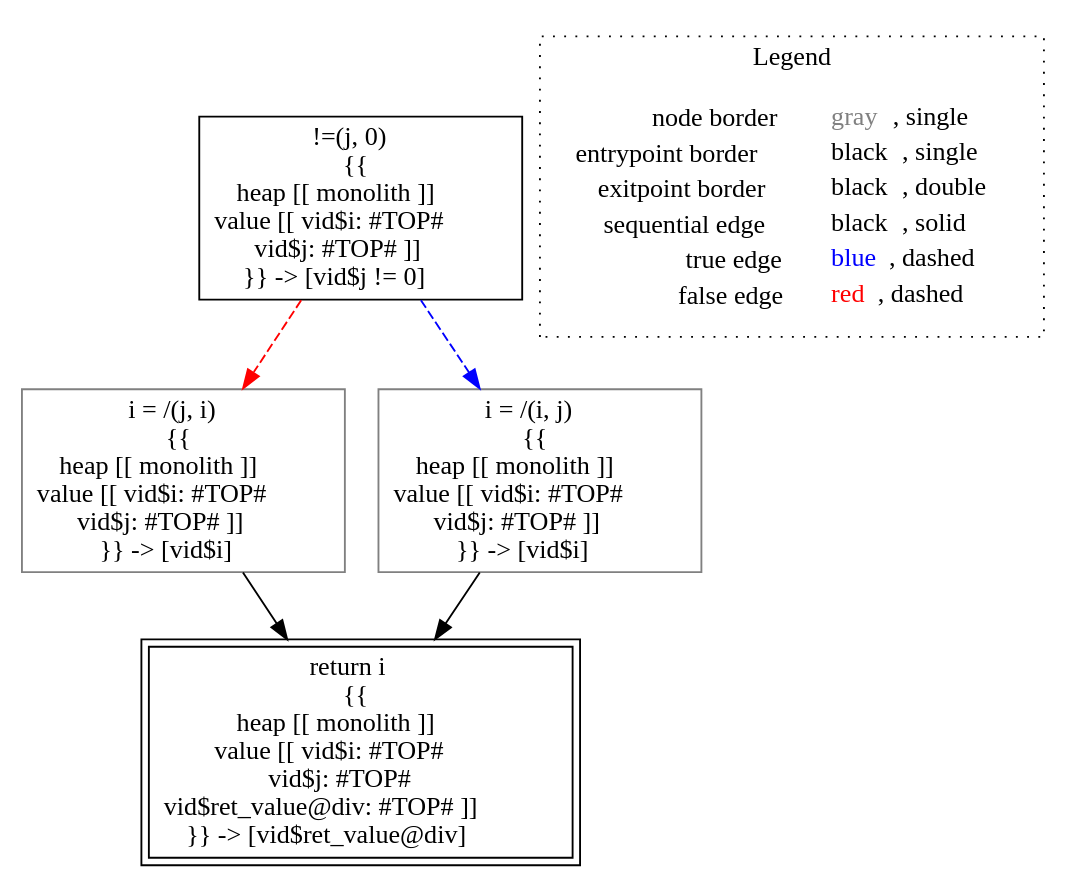
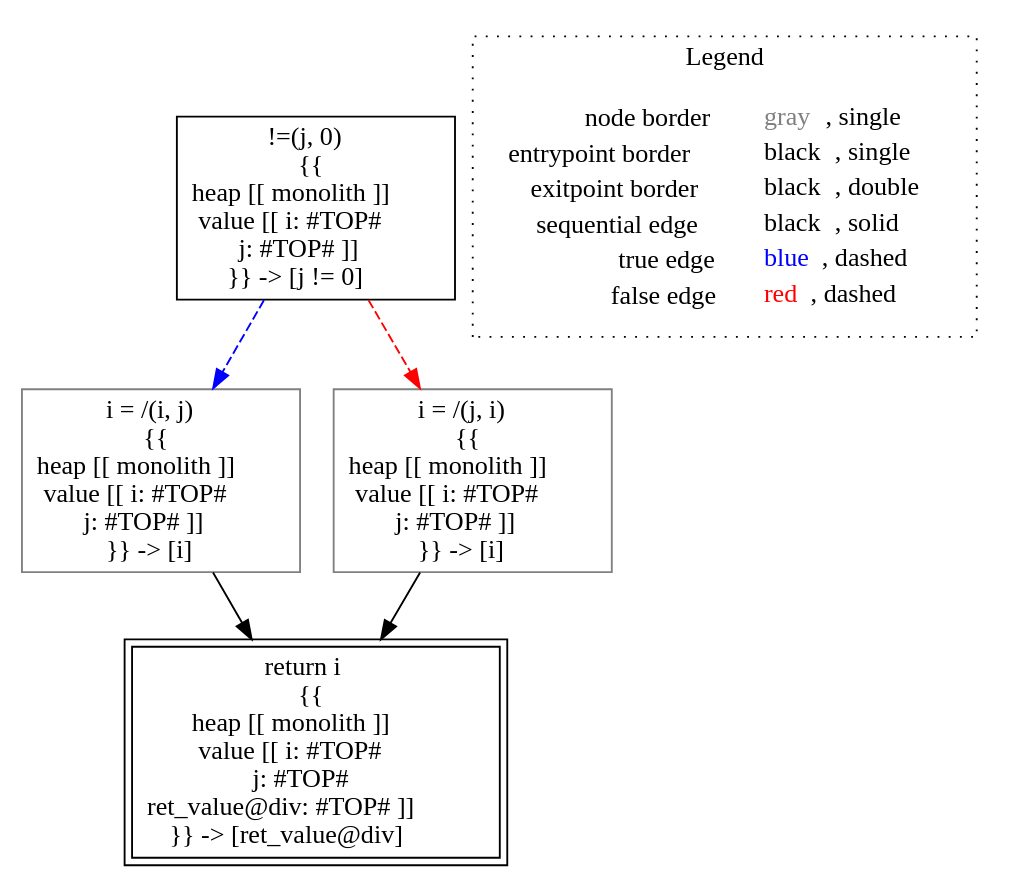
One commit to lisa-analyzer/lisa changed the diagram in lisa/imp-testcases/sign/analysis___untyped_tutorial.div(tutorial_this,_untyped_i,_untyped_j).dot. Above: the diagram before and after it, drawn with Graphviz. The commit also changed 65 other files, not shown here.

```diff
--- a/lisa/imp-testcases/sign/analysis___untyped_tutorial.div(tutorial_this,_untyped_i,_untyped_j).dot
+++ b/lisa/imp-testcases/sign/analysis___untyped_tutorial.div(tutorial_this,_untyped_i,_untyped_j).dot
@@ -1,17 +1,17 @@
 digraph {
-	"node0" [shape="rect",color="black",label=<!=(j, 0)<BR/>{{<BR/>heap [[ monolith ]]<BR/>value [[ vid$i: #TOP#<BR/>vid$j: #TOP# ]]<BR/>}} -&gt; [vid$j != 0]>];
-	"node1" [shape="rect",color="black",peripheries="2",label=<return i<BR/>{{<BR/>heap [[ monolith ]]<BR/>value [[ vid$i: #TOP#<BR/>vid$j: #TOP#<BR/>vid$ret_value@div: #TOP# ]]<BR/>}} -&gt; [vid$ret_value@div]>];
-	"node2" [shape="rect",color="gray",label=<i = /(j, i)<BR/>{{<BR/>heap [[ monolith ]]<BR/>value [[ vid$i: #TOP#<BR/>vid$j: #TOP# ]]<BR/>}} -&gt; [vid$i]>];
-	"node3" [shape="rect",color="gray",label=<i = /(i, j)<BR/>{{<BR/>heap [[ monolith ]]<BR/>value [[ vid$i: #TOP#<BR/>vid$j: #TOP# ]]<BR/>}} -&gt; [vid$i]>];
-	"node0" -> "node2" [color="red",style="dashed"];
-	"node0" -> "node3" [color="blue",style="dashed"];
+	"node0" [shape="rect",color="black",label=<!=(j, 0)<BR/>{{<BR/>heap [[ monolith ]]<BR/>value [[ i: #TOP#<BR/>j: #TOP# ]]<BR/>}} -&gt; [j != 0]>];
+	"node1" [shape="rect",color="black",peripheries="2",label=<return i<BR/>{{<BR/>heap [[ monolith ]]<BR/>value [[ i: #TOP#<BR/>j: #TOP#<BR/>ret_value@div: #TOP# ]]<BR/>}} -&gt; [ret_value@div]>];
+	"node2" [shape="rect",color="gray",label=<i = /(i, j)<BR/>{{<BR/>heap [[ monolith ]]<BR/>value [[ i: #TOP#<BR/>j: #TOP# ]]<BR/>}} -&gt; [i]>];
+	"node3" [shape="rect",color="gray",label=<i = /(j, i)<BR/>{{<BR/>heap [[ monolith ]]<BR/>value [[ i: #TOP#<BR/>j: #TOP# ]]<BR/>}} -&gt; [i]>];
+	"node0" -> "node2" [color="blue",style="dashed"];
+	"node0" -> "node3" [color="red",style="dashed"];
 	"node2" -> "node1" [color="black"];
 	"node3" -> "node1" [color="black"];
 subgraph cluster_legend {
 	label="Legend";
 	style=dotted;
 	node [shape=plaintext];
 	"legend" [label=<<table border="0" cellpadding="2" cellspacing="0" cellborder="0"><tr><td align="right">node border&nbsp;</td><td align="left"><font color="gray">gray</font>, single</td></tr><tr><td align="right">entrypoint border&nbsp;</td><td align="left"><font color="black">black</font>, single</td></tr><tr><td align="right">exitpoint border&nbsp;</td><td align="left"><font color="black">black</font>, double</td></tr><tr><td align="right">sequential edge&nbsp;</td><td align="left"><font color="black">black</font>, solid</td></tr><tr><td align="right">true edge&nbsp;</td><td align="left"><font color="blue">blue</font>, dashed</td></tr><tr><td align="right">false edge&nbsp;</td><td align="left"><font color="red">red</font>, dashed</td></tr></table>>];
 }
 
 }
```
